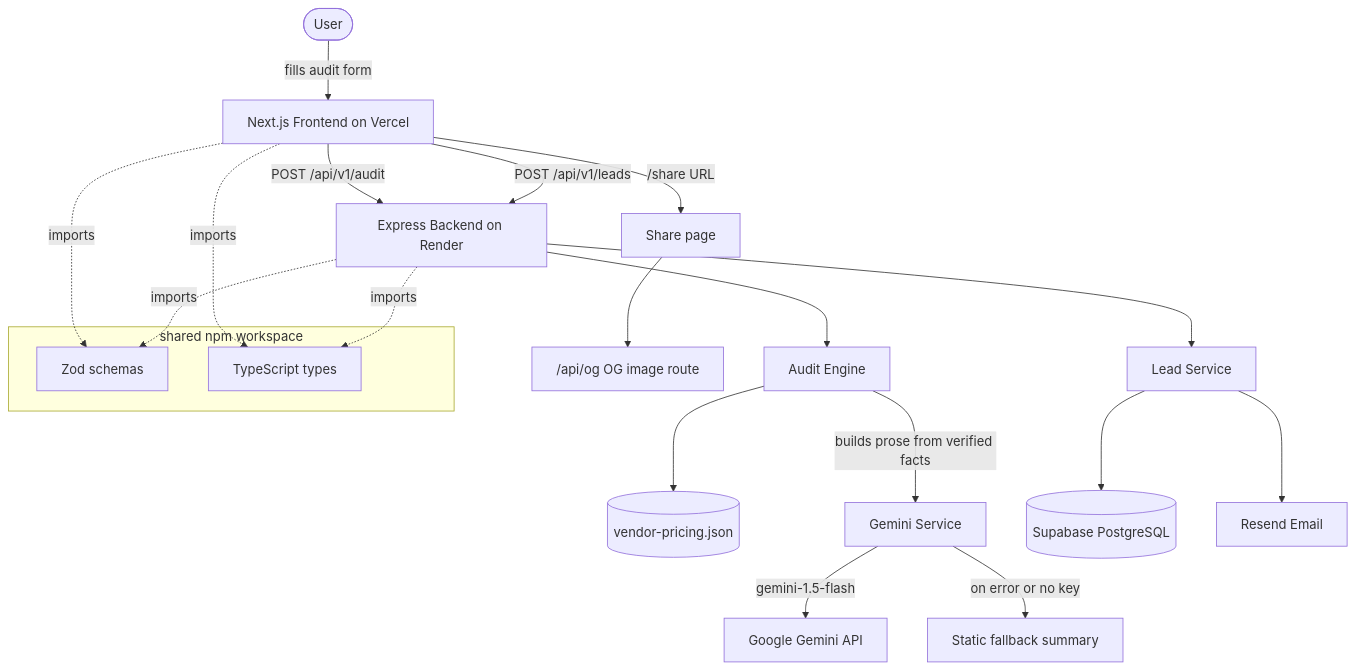
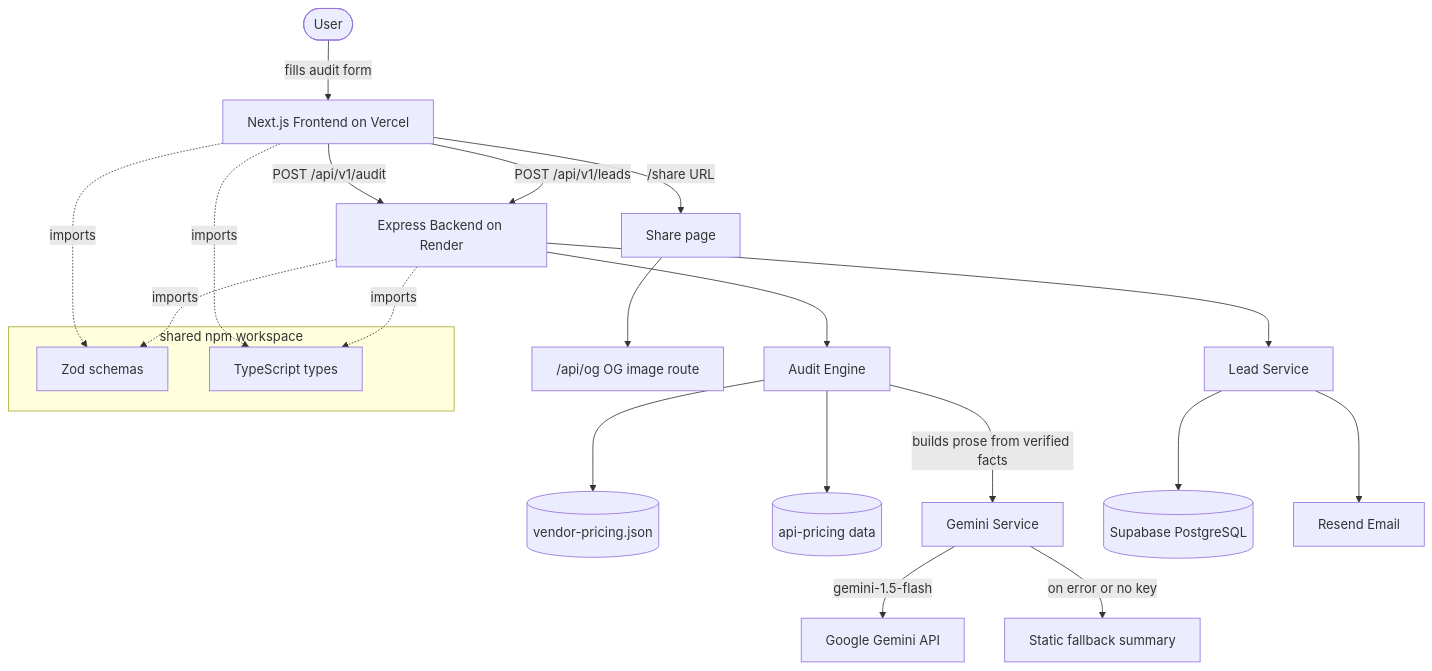
Before and after one commit to steverogersX/SpendSmart: the first of 2 diagrams in ARCHITECTURE.md, drawn with Mermaid. The commit also changed other lines of this file and 3 other files, not shown here.

First line of the commit message:
docs: sync ARCHITECTURE and DEVLOG with actual implementation

````diff
--- a/ARCHITECTURE.md
+++ b/ARCHITECTURE.md
@@ -5,31 +5,32 @@
 ```mermaid
 graph TD
     User([User]) -->|fills audit form| FE[Next.js Frontend on Vercel]
 
     FE -->|POST /api/v1/audit| BE[Express Backend on Render]
     FE -->|POST /api/v1/leads| BE
 
     BE --> AE[Audit Engine]
     BE --> LS[Lead Service]
 
     AE --> PD[(vendor-pricing.json)]
+    AE --> APD[(api-pricing data)]
     AE -->|builds prose from verified facts| GS[Gemini Service]
     GS -->|gemini-1.5-flash| GA[Google Gemini API]
     GS -->|on error or no key| FB[Static fallback summary]
 
     LS --> DB[(Supabase PostgreSQL)]
     LS --> EM[Resend Email]
 
     FE -->|/share URL| SP[Share page]
     SP --> OG["/api/og OG image route"]
 
     subgraph shared ["shared npm workspace"]
         ZS[Zod schemas]
         TY[TypeScript types]
     end
 
     FE -.->|imports| ZS
     BE -.->|imports| ZS
     FE -.->|imports| TY
     BE -.->|imports| TY
 ```
````
